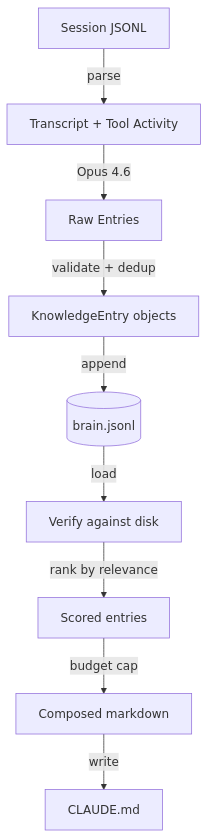
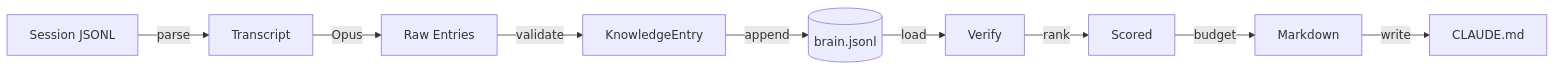
The first of 2 diagrams in README.md (pkmdev-sec/engram), drawn with Mermaid before and after one commit. The commit also changed other lines of this file, not shown here.

First line of the commit message:
docs: hybrid pipeline diagram — compact two-row layout

````diff
--- a/README.md
+++ b/README.md
@@ -38,11 +21,12 @@
 ```mermaid
-graph TD
-    A[Session JSONL] -->|parse| B[Transcript + Tool Activity]
-    B -->|Opus 4.6| C[Raw Entries]
-    C -->|validate + dedup| D[KnowledgeEntry objects]
+graph LR
+    A[Session JSONL] -->|parse| B[Transcript]
+    B -->|Opus| C[Raw Entries]
+    C -->|validate| D[KnowledgeEntry]
     D -->|append| E[(brain.jsonl)]
-    E -->|load| F[Verify against disk]
-    F -->|rank by relevance| G[Scored entries]
-    G -->|budget cap| H[Composed markdown]
+
+    E -->|load| F[Verify]
+    F -->|rank| G[Scored]
+    G -->|budget| H[Markdown]
     H -->|write| I[CLAUDE.md]
 ```
````
